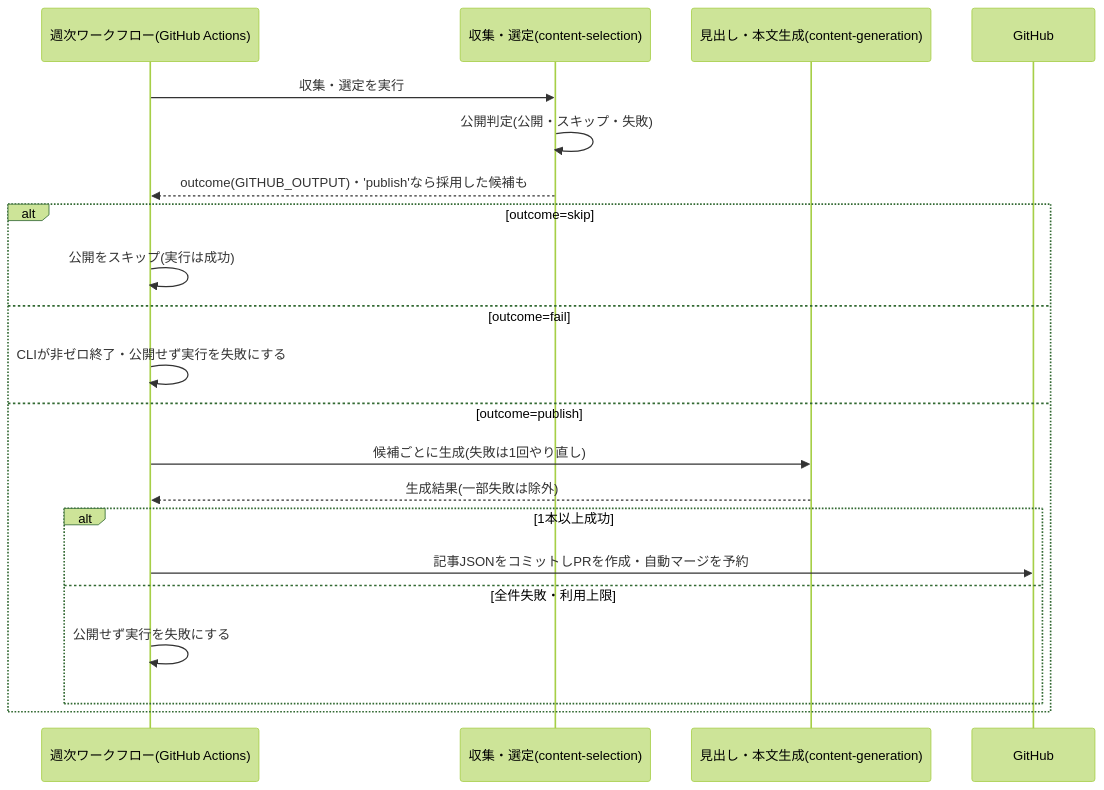
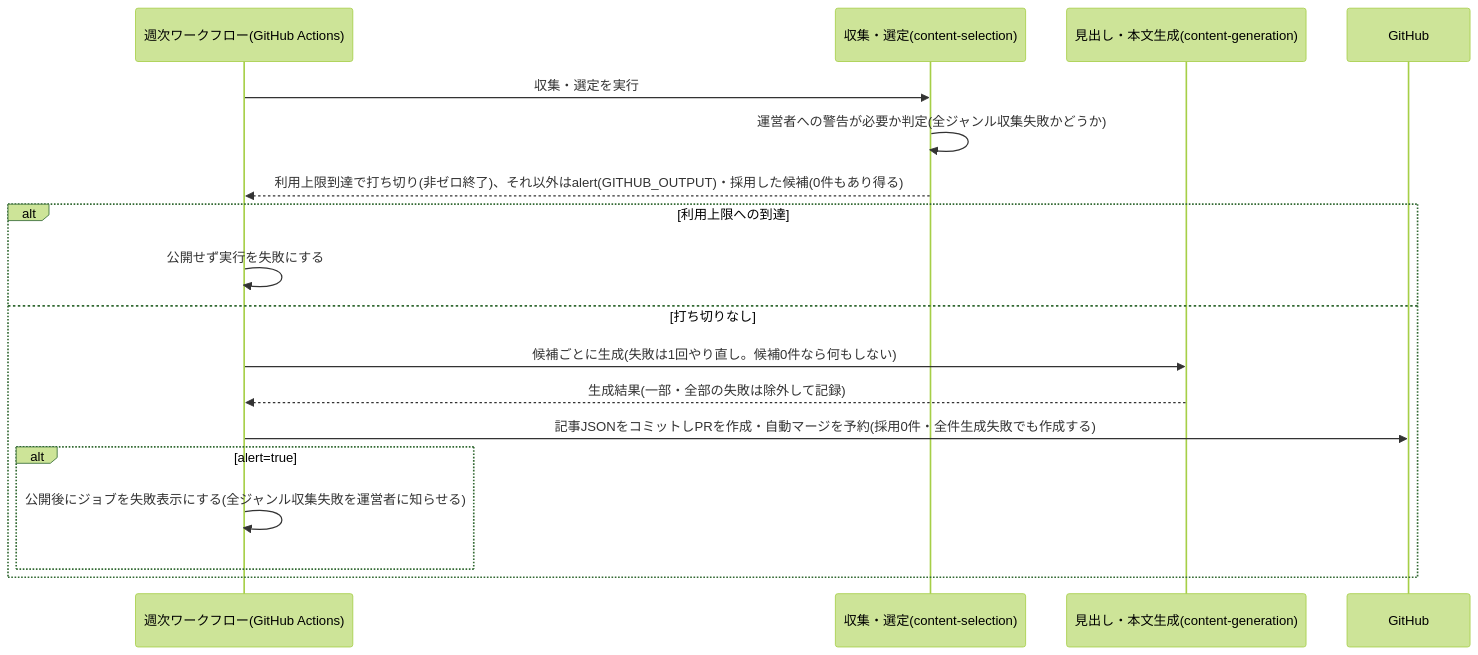
Before and after one commit to zakiyama0108/benriyatool: the diagram in specs/research-digest/weekly-publish/design.md, drawn with Mermaid (forest theme). The commit also changed other lines of this file and 5 other files, not shown here.

````diff
--- a/specs/research-digest/weekly-publish/design.md
+++ b/specs/research-digest/weekly-publish/design.md
@@ -32,24 +31,21 @@
 ```mermaid
 sequenceDiagram
     participant actions as 週次ワークフロー(GitHub Actions)
     participant select as 収集・選定(content-selection)
     participant gen as 見出し・本文生成(content-generation)
     participant gh as GitHub
 
     actions ->> select: 収集・選定を実行
-    select ->> select: 公開判定(公開・スキップ・失敗)
-    select -->> actions: outcome(GITHUB_OUTPUT)・'publish'なら採用した候補も
-    alt outcome=skip
-        actions ->> actions: 公開をスキップ(実行は成功)
-    else outcome=fail
-        actions ->> actions: CLIが非ゼロ終了・公開せず実行を失敗にする
-    else outcome=publish
-        actions ->> gen: 候補ごとに生成(失敗は1回やり直し)
-        gen -->> actions: 生成結果(一部失敗は除外)
-        alt 1本以上成功
-            actions ->> gh: 記事JSONをコミットしPRを作成・自動マージを予約
-        else 全件失敗・利用上限
-            actions ->> actions: 公開せず実行を失敗にする
+    select ->> select: 運営者への警告が必要か判定(全ジャンル収集失敗かどうか)
+    select -->> actions: 利用上限到達で打ち切り(非ゼロ終了)、それ以外はalert(GITHUB_OUTPUT)・採用した候補(0件もあり得る)
+    alt 利用上限への到達
+        actions ->> actions: 公開せず実行を失敗にする
+    else 打ち切りなし
+        actions ->> gen: 候補ごとに生成(失敗は1回やり直し。候補0件なら何もしない)
+        gen -->> actions: 生成結果(一部・全部の失敗は除外して記録)
+        actions ->> gh: 記事JSONをコミットしPRを作成・自動マージを予約(採用0件・全件生成失敗でも作成する)
+        alt alert=true
+            actions ->> actions: 公開後にジョブを失敗表示にする(全ジャンル収集失敗を運営者に知らせる)
         end
     end
 ```
````
